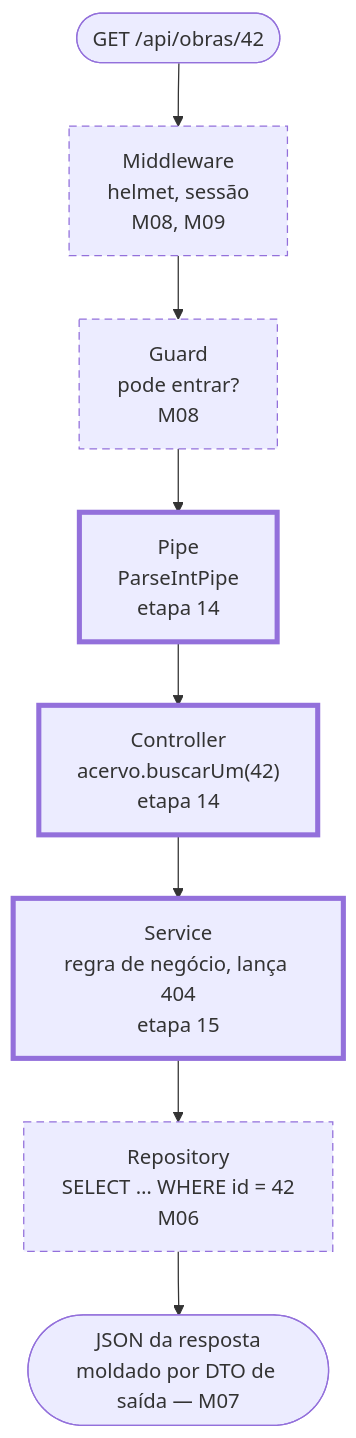
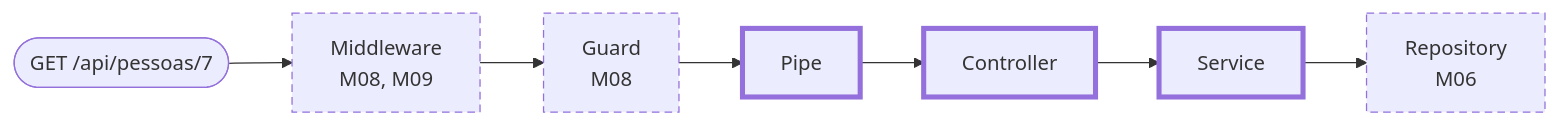
Before and after one commit to heliobentzen/dpw: the diagram in modulos/03-nestjs-primeiros-passos/README.md, drawn with Mermaid. The commit also changed other lines of this file and 78 other files, not shown here.

````diff
--- a/modulos/03-nestjs-primeiros-passos/README.md
+++ b/modulos/03-nestjs-primeiros-passos/README.md
@@ -1252,14 +361,13 @@
 ```mermaid
-flowchart TB
-    R(["GET /api/obras/42"]) --> MW["Middleware<br/>helmet, sessão<br/>M08, M09"]
-    MW --> G["Guard<br/>pode entrar?<br/>M08"]
-    G --> P["Pipe<br/>ParseIntPipe<br/>etapa 14"]
-    P --> C["Controller<br/>acervo.buscarUm(42)<br/>etapa 14"]
-    C --> S["Service<br/>regra de negócio, lança 404<br/>etapa 15"]
-    S --> RP["Repository<br/>SELECT … WHERE id = 42<br/>M06"]
-    RP --> D(["JSON da resposta<br/>moldado por DTO de saída — M07"])
+flowchart LR
+    R(["GET /api/pessoas/7"]) --> MW["Middleware<br/>M08, M09"]
+    MW --> G["Guard<br/>M08"]
+    G --> P["Pipe"]
+    P --> C["Controller"]
+    C --> S["Service"]
+    S --> RP["Repository<br/>M06"]
     classDef feito stroke-width:4px
     classDef futuro stroke-dasharray: 6 4
     class P,C,S feito
     class MW,G,RP futuro
 ```
````
